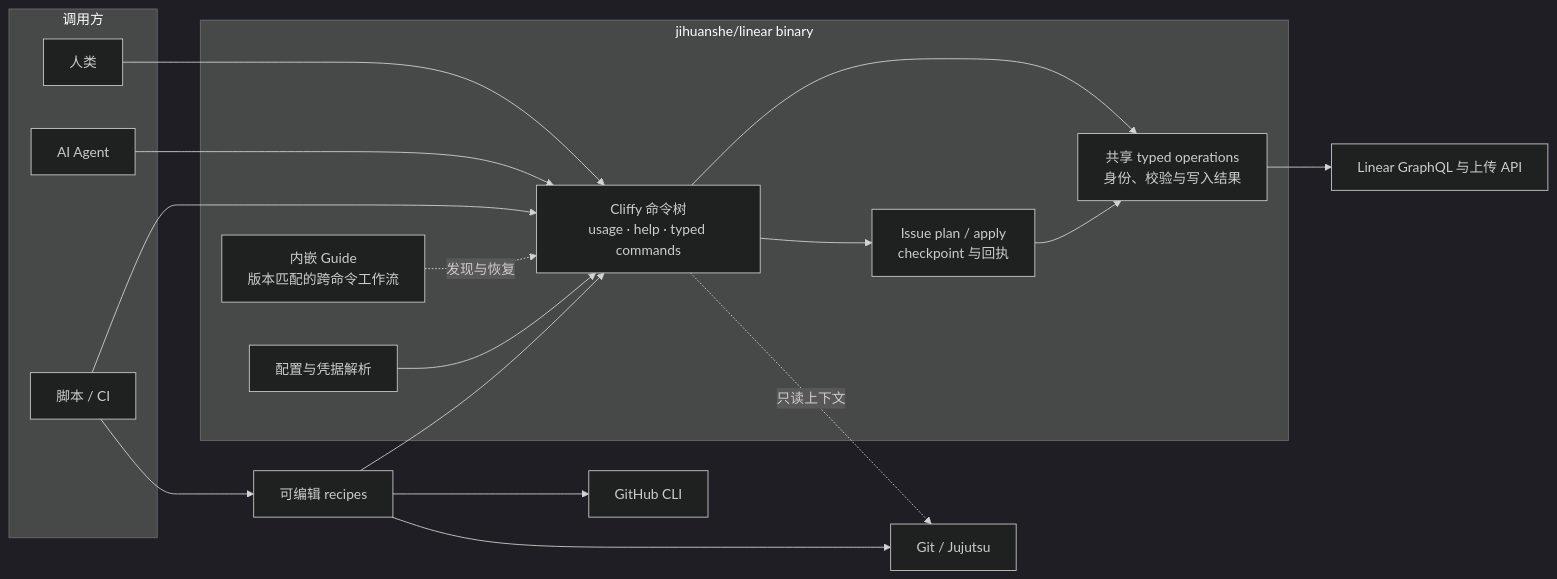
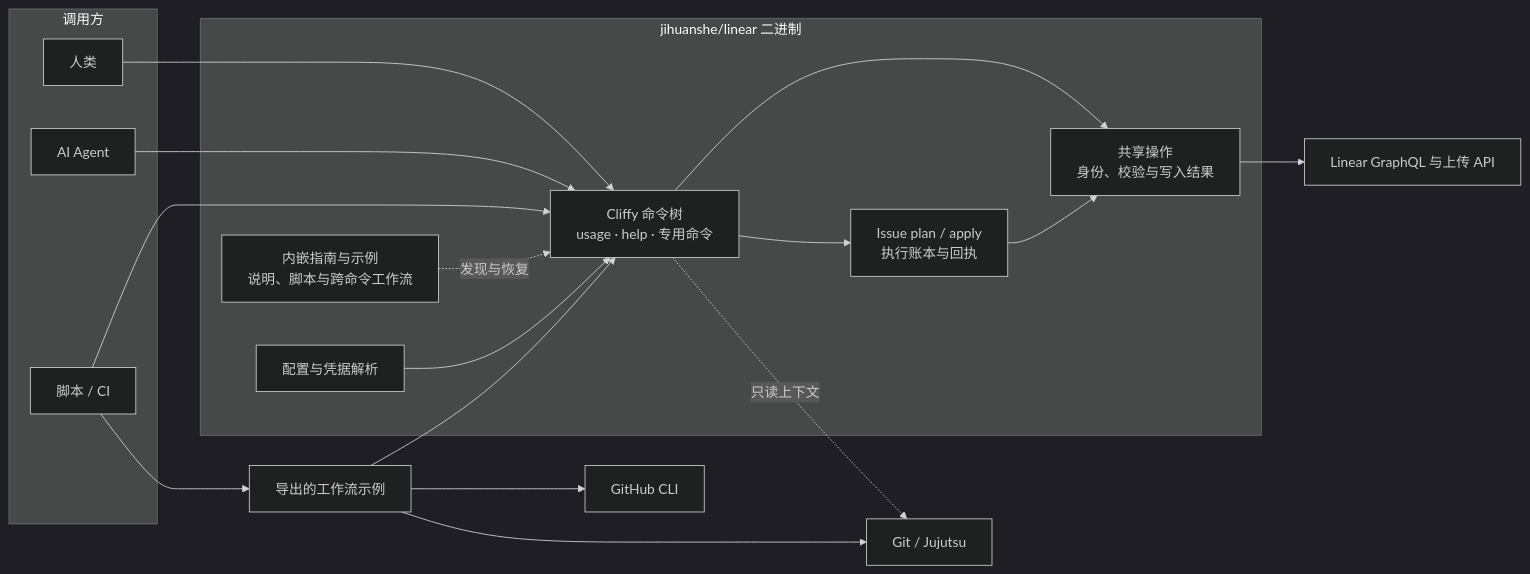
Before and after one commit to jihuanshe/linear: the first of 2 diagrams in README.md, drawn with Mermaid (dark theme). The commit also changed other lines of this file and 72 other files, not shown here.

````diff
--- a/README.md
+++ b/README.md
@@ -12,36 +12,36 @@
 ```mermaid
 flowchart LR
   subgraph callers["调用方"]
     human["人类"]
     agent["AI Agent"]
     ci["脚本 / CI"]
   end
 
-  subgraph binary["jihuanshe/linear binary"]
-    commands["Cliffy 命令树<br/>usage · help · typed commands"]
-    guides["内嵌 Guide<br/>版本匹配的跨命令工作流"]
+  subgraph binary["jihuanshe/linear 二进制"]
+    commands["Cliffy 命令树<br/>usage · help · 专用命令"]
+    guides["内嵌指南与示例<br/>说明、脚本与跨命令工作流"]
     config["配置与凭据解析"]
-    operations["共享 typed operations<br/>身份、校验与写入结果"]
-    delivery["Issue plan / apply<br/>checkpoint 与回执"]
+    operations["共享操作<br/>身份、校验与写入结果"]
+    delivery["Issue plan / apply<br/>执行账本与回执"]
   end
 
   linear["Linear GraphQL 与上传 API"]
   vcs["Git / Jujutsu"]
-  recipes["可编辑 recipes"]
+  recipes["导出的工作流示例"]
   github["GitHub CLI"]
 
   human --> commands
   agent --> commands
   ci --> commands
   guides -. "发现与恢复" .-> commands
   config --> commands
   commands --> operations
   commands --> delivery
   delivery --> operations
   operations --> linear
   commands -. "只读上下文" .-> vcs
   ci --> recipes
   recipes --> commands
   recipes --> vcs
   recipes --> github
 ```
````
